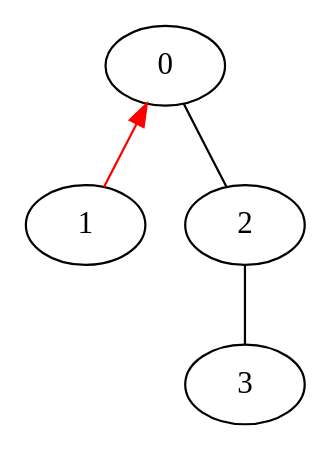
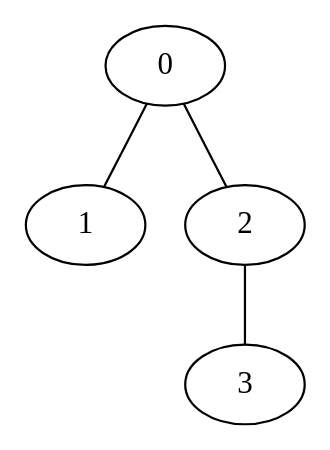
The diagram in EBA_graphviz/testrun/sim0009.dot (DSMishler/EBA_models), drawn with Graphviz before and after one commit. The commit also changed 26 other files, not shown here.

```diff
--- a/EBA_graphviz/testrun/sim0009.dot
+++ b/EBA_graphviz/testrun/sim0009.dot
@@ -1,11 +1,11 @@
 // network test graph
 digraph
 {
 	0 []
 	1 []
 	2 []
 	3 []
-	0 -> 1 [dir=back,color=red]
+	0 -> 1 [dir=none]
 	0 -> 2 [dir=none]
 	2 -> 3 [dir=none]
 }
```
